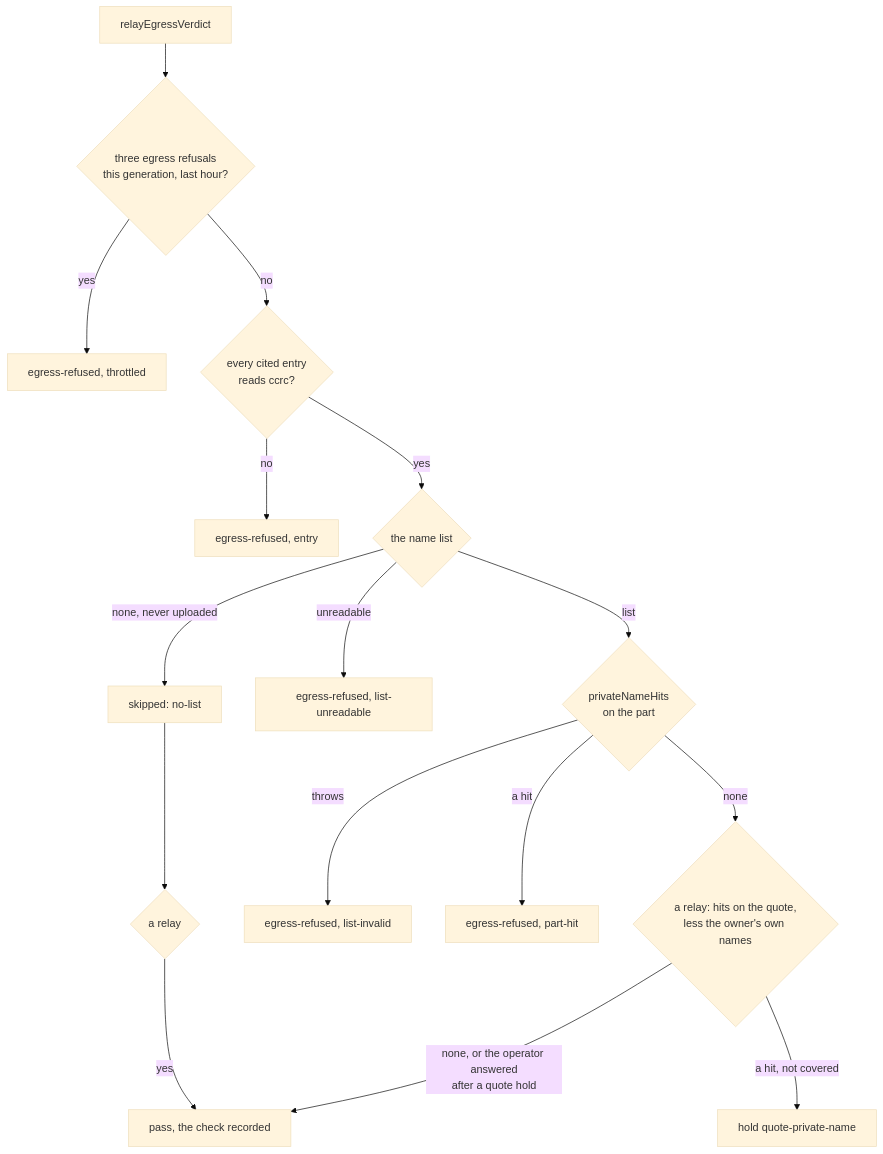
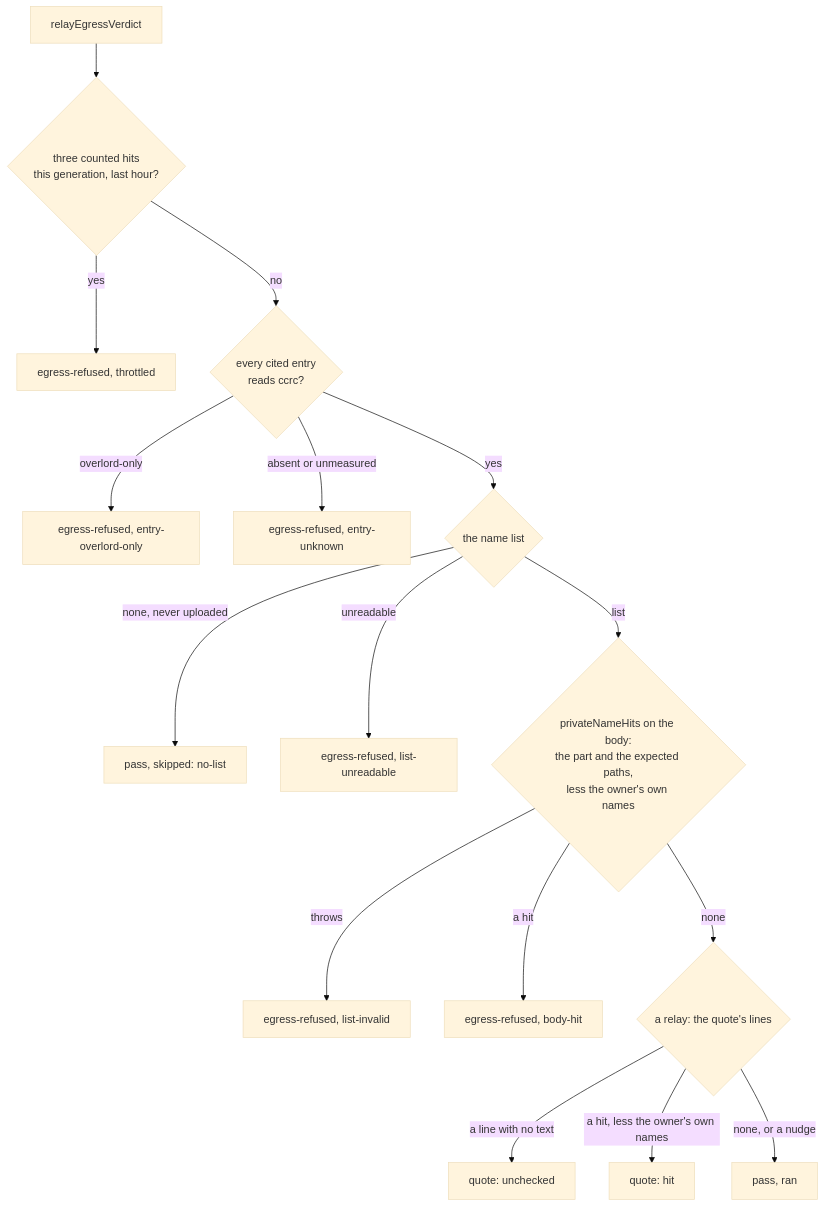
The third of 4 diagrams in docs/superpowers/plans/2026-11-16-overlord-w2/w2-relay.md (Synapsium-Labs/ccrc-pwa), drawn with Mermaid (base theme) before and after one commit. The commit also changed other lines of this file, not shown here.

First line of the commit message:
docs(plan): fix round 1 of the Overlord W2 relay plan (review 2284)

````diff
--- a/docs/superpowers/plans/2026-11-16-overlord-w2/w2-relay.md
+++ b/docs/superpowers/plans/2026-11-16-overlord-w2/w2-relay.md
@@ -479,18 +565,18 @@
 ```mermaid
 flowchart TD
-  S["relayEgressVerdict"] --> TH{"three egress refusals<br/>this generation, last hour?"}
+  S["relayEgressVerdict"] --> TH{"three counted hits<br/>this generation, last hour?"}
   TH -->|"yes"| RT["egress-refused, throttled"]
   TH -->|"no"| EN{"every cited entry<br/>reads ccrc?"}
-  EN -->|"no"| RE["egress-refused, entry"]
+  EN -->|"overlord-only"| REO["egress-refused, entry-overlord-only"]
+  EN -->|"absent or unmeasured"| REU["egress-refused, entry-unknown"]
   EN -->|"yes"| L{"the name list"}
-  L -->|"none, never uploaded"| SK["skipped: no-list"]
+  L -->|"none, never uploaded"| SK["pass, skipped: no-list"]
   L -->|"unreadable"| RU["egress-refused, list-unreadable"]
-  L -->|"list"| PH{"privateNameHits<br/>on the part"}
+  L -->|"list"| PH{"privateNameHits on the body:<br/>the part and the expected paths,<br/>less the owner's own names"}
   PH -->|"throws"| RI["egress-refused, list-invalid"]
-  PH -->|"a hit"| RP["egress-refused, part-hit"]
-  PH -->|"none"| Q{"a relay: hits on the quote,<br/>less the owner's own names"}
-  SK --> Q2{"a relay"}
-  Q2 -->|"yes"| PASS["pass, the check recorded"]
-  Q -->|"none, or the operator answered<br/>after a quote hold"| PASS
-  Q -->|"a hit, not covered"| HQ["hold quote-private-name"]
+  PH -->|"a hit"| RP["egress-refused, body-hit"]
+  PH -->|"none"| Q{"a relay: the quote's lines"}
+  Q -->|"a line with no text"| QU["quote: unchecked"]
+  Q -->|"a hit, less the owner's own names"| QH["quote: hit"]
+  Q -->|"none, or a nudge"| PASS["pass, ran"]
 ```
````
